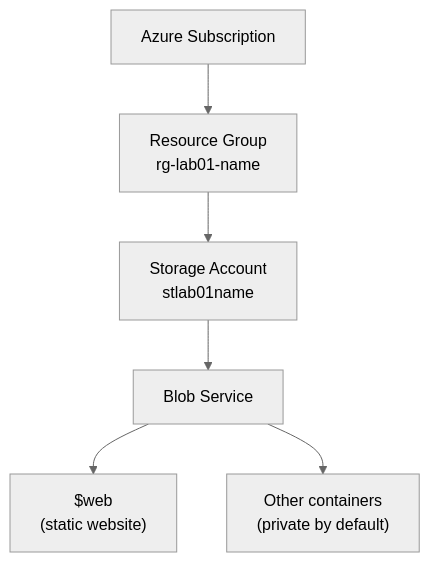
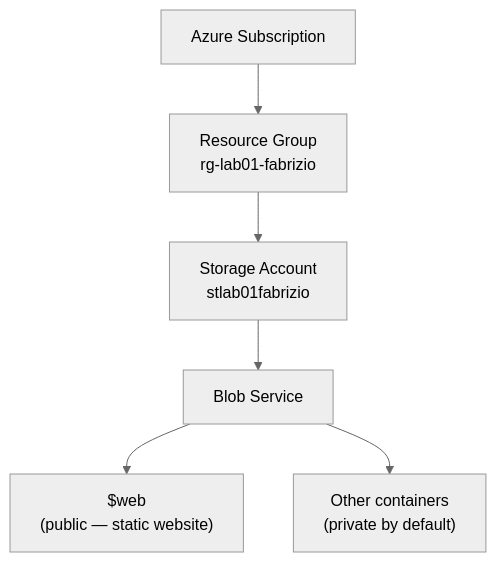
One commit to fabrizio-mastrogiovanni/Azure-static-website-github-actions changed the second of 3 diagrams in README.md. Above: the diagram before and after it, drawn with Mermaid (neutral theme). The commit also changed other lines of this file, not shown here.

First line of the commit message:
Revise README for Azure Static Website project

````diff
--- a/README.md
+++ b/README.md
@@ -53,8 +77,8 @@
 ```mermaid
 flowchart TD
-    SUB["Azure Subscription"] --> RG["Resource Group<br/>rg-lab01-name"]
-    RG --> SA["Storage Account<br/>stlab01name"]
+    SUB["Azure Subscription"] --> RG["Resource Group<br/>rg-lab01-fabrizio"]
+    RG --> SA["Storage Account<br/>stlab01fabrizio"]
     SA --> BLOB["Blob Service"]
-    BLOB --> WEB["$web<br/>(static website)"]
+    BLOB --> WEB["$web<br/>(public — static website)"]
     BLOB --> OTHER["Other containers<br/>(private by default)"]
 ```
````
